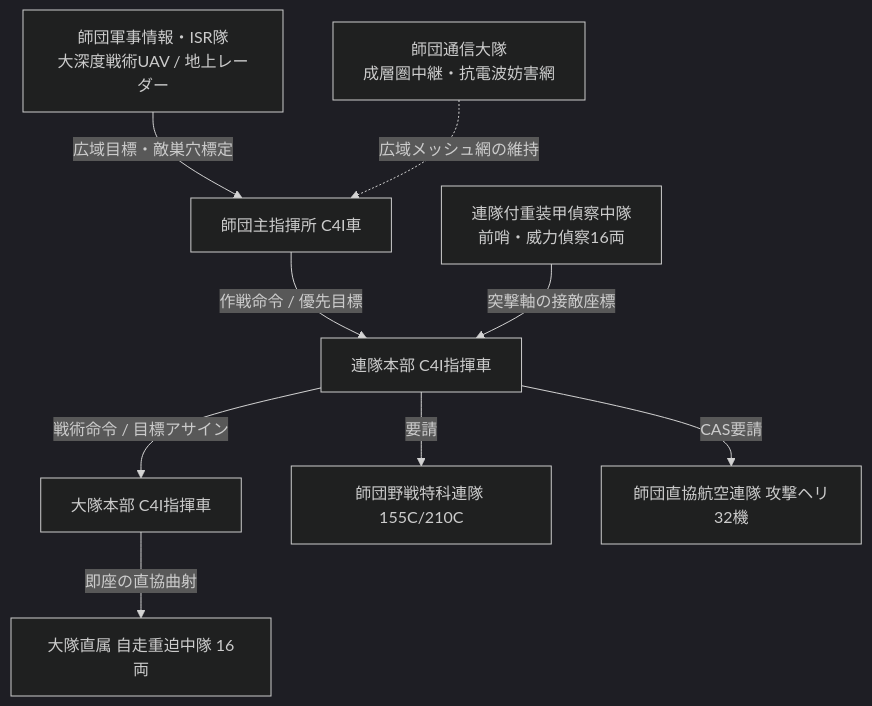
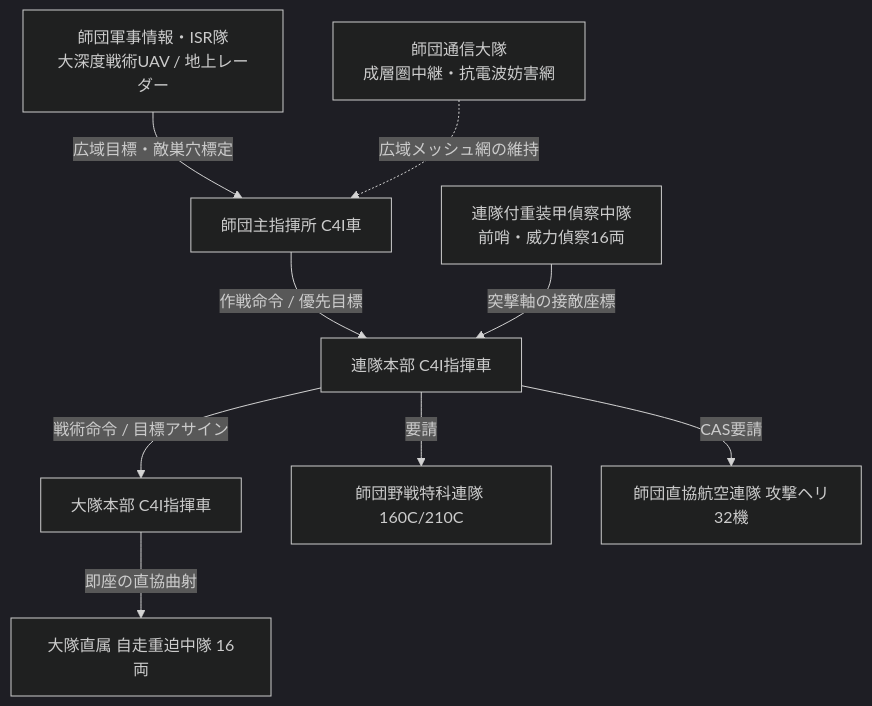
One commit to nanaisisi/nanai-alien-com-game changed the diagram in docs/units/force/concept_hierarchical_headquarters_integration.md. Above: the diagram before and after it, drawn with Mermaid (dark theme). The commit also changed other lines of this file and 16 other files, not shown here.

````diff
--- a/docs/units/force/concept_hierarchical_headquarters_integration.md
+++ b/docs/units/force/concept_hierarchical_headquarters_integration.md
@@ -70,14 +70,14 @@
 ```mermaid
 flowchart TD
     DivISR[師団軍事情報・ISR隊<br>大深度戦術UAV / 地上レーダー] -->|広域目標・敵巣穴標定| DivHQ[師団主指揮所 C4I車]
     DivSignal[師団通信大隊<br>成層圏中継・抗電波妨害網] -.->|広域メッシュ網の維持| DivHQ
     
     DivHQ -->|作戦命令 / 優先目標| RegHQ[連隊本部 C4I指揮車]
     RegRecon[連隊付重装甲偵察中隊<br>前哨・威力偵察16両] -->|突撃軸の接敵座標| RegHQ
     
     RegHQ -->|戦術命令 / 目標アサイン| BnHQ[大隊本部 C4I指揮車]
     
     BnHQ -->|即座の直協曲射| BnMtx[大隊直属 自走重迫中隊 16両]
-    RegHQ -->|要請| DivArt[師団野戦特科連隊 155C/210C]
+    RegHQ -->|要請| DivArt[師団野戦特科連隊 160C/210C]
     RegHQ -->|CAS要請| DivAir[師団直協航空連隊 攻撃ヘリ32機]
 ```
````
